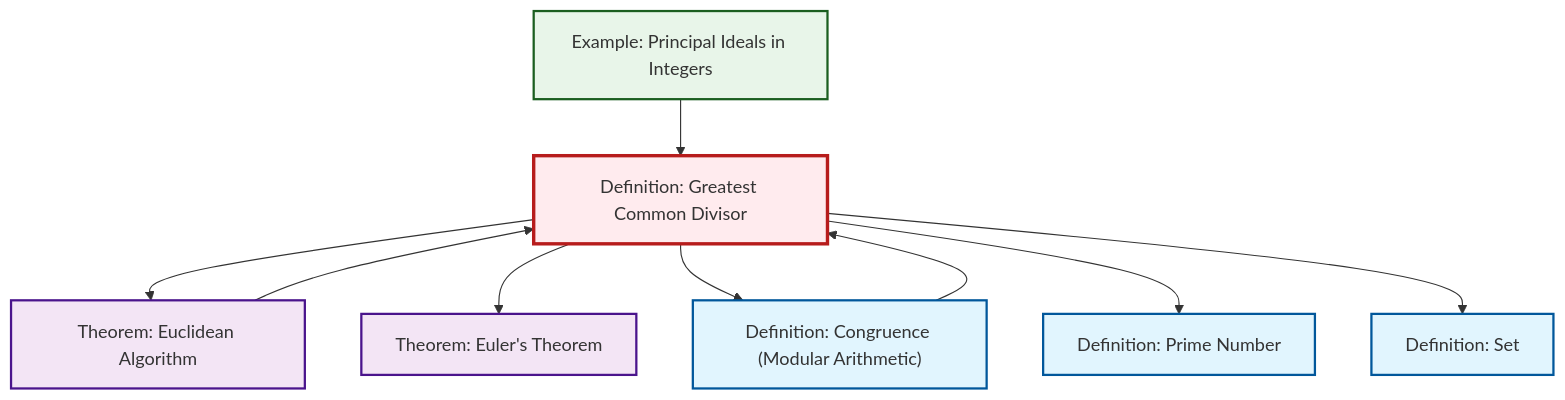
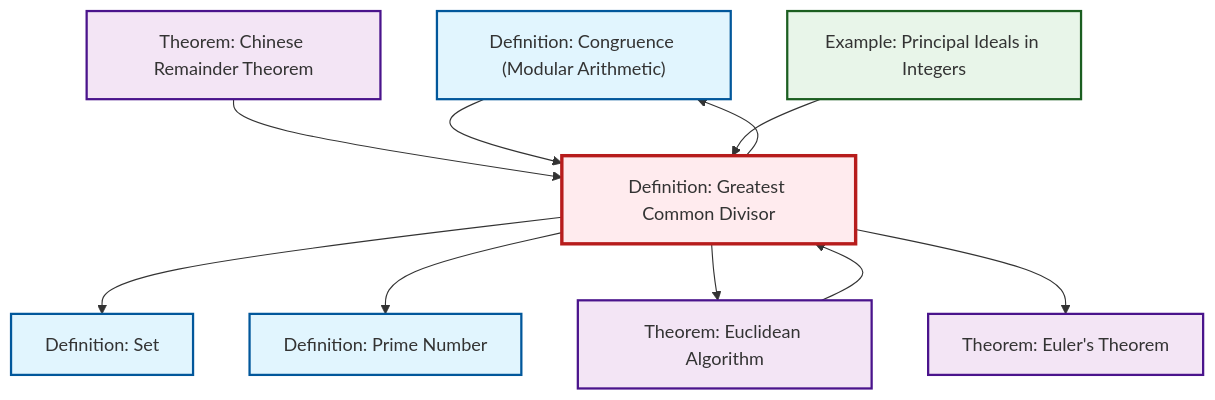
The second of 2 diagrams in content/ja/number-theory/def-gcd.qmd (RK0429/ModernMath), drawn with Mermaid before and after one commit. The commit also changed 615 other files, not shown here.

First line of the commit message:
feat: Add Chinese Remainder Theorem article with comprehensive cross-references

````diff
--- a/content/ja/number-theory/def-gcd.qmd
+++ b/content/ja/number-theory/def-gcd.qmd
@@ -85,31 +85,34 @@
 ```{mermaid}
 %%| fig-cap: "Local dependency graph"
 graph TD
     classDef definition fill:#e1f5fe,stroke:#01579b,stroke-width:2px
     classDef theorem fill:#f3e5f5,stroke:#4a148c,stroke-width:2px
     classDef axiom fill:#fff3e0,stroke:#e65100,stroke-width:2px
     classDef example fill:#e8f5e9,stroke:#1b5e20,stroke-width:2px
     classDef current fill:#ffebee,stroke:#b71c1c,stroke-width:3px
+    def-set["Definition: Set"]:::definition
     thm-euler["Theorem: Euler's Theorem"]:::theorem
+    def-congruence["Definition: Congruence (Modular Arithmetic)"]:::definition
+    def-gcd["Definition: Greatest Common Divisor"]:::definition
+    thm-chinese-remainder["Theorem: Chinese Remainder Theorem"]:::theorem
+    ex-principal-ideal["Example: Principal Ideals in Integers"]:::example
     def-prime["Definition: Prime Number"]:::definition
-    def-set["Definition: Set"]:::definition
-    def-gcd["Definition: Greatest Common Divisor"]:::definition
-    ex-principal-ideal["Example: Principal Ideals in Integers"]:::example
     thm-euclidean-algorithm["Theorem: Euclidean Algorithm"]:::theorem
-    def-congruence["Definition: Congruence (Modular Arithmetic)"]:::definition
+    thm-chinese-remainder --> def-gcd
+    def-congruence --> def-gcd
+    ex-principal-ideal --> def-gcd
+    def-gcd --> def-set
+    def-gcd --> def-prime
     def-gcd --> thm-euclidean-algorithm
+    thm-euclidean-algorithm --> def-gcd
     def-gcd --> thm-euler
-    def-congruence --> def-gcd
     def-gcd --> def-congruence
-    def-gcd --> def-prime
-    ex-principal-ideal --> def-gcd
-    thm-euclidean-algorithm --> def-gcd
-    def-gcd --> def-set
     class def-gcd current
+    click def-set "def-set.html" "Definition: Setへ"
     click thm-euler "thm-euler.html" "Theorem: Euler's Theoremへ"
+    click def-congruence "def-congruence.html" "Definition: Congruence (Modular Arithmetic)へ"
+    click thm-chinese-remainder "thm-chinese-remainder.html" "Theorem: Chinese Remainder Theoremへ"
+    click ex-principal-ideal "ex-principal-ideal.html" "Example: Principal Ideals in Integersへ"
     click def-prime "def-prime.html" "Definition: Prime Numberへ"
-    click def-set "def-set.html" "Definition: Setへ"
-    click ex-principal-ideal "ex-principal-ideal.html" "Example: Principal Ideals in Integersへ"
     click thm-euclidean-algorithm "thm-euclidean-algorithm.html" "Theorem: Euclidean Algorithmへ"
-    click def-congruence "def-congruence.html" "Definition: Congruence (Modular Arithmetic)へ"
 ```
````
